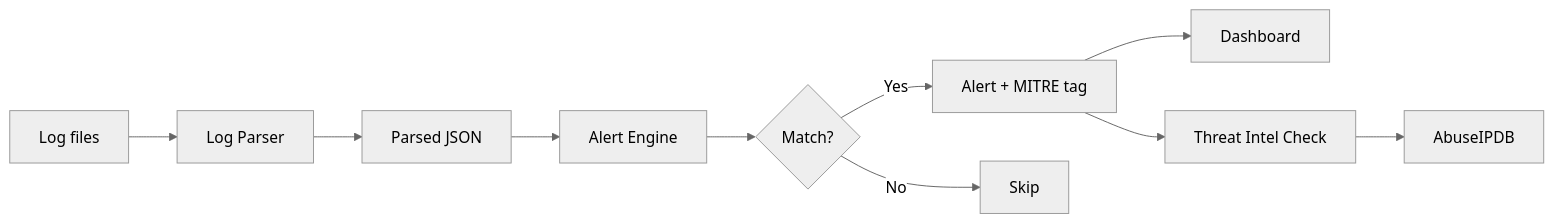
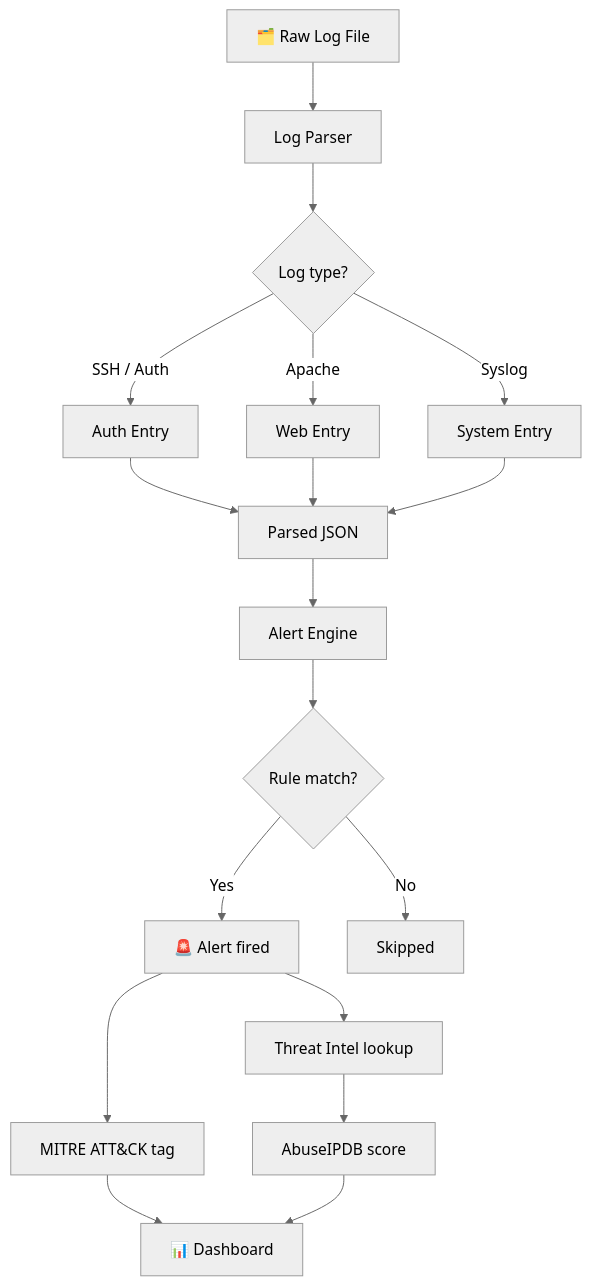
The first of 4 diagrams in README.md (Speed-boo3/soc-project), drawn with Mermaid (neutral theme) before and after one commit. The commit also changed other lines of this file, not shown here.

Commit message:
Rewrite README: cleaner structure, better diagrams, alert examples

````diff
--- a/README.md
+++ b/README.md
@@ -14,12 +17,17 @@
 ```mermaid
-flowchart LR
-    A[Log files] --> B[Log Parser]
-    B --> C[Parsed JSON]
-    C --> D[Alert Engine]
-    D --> E{Match?}
-    E -- Yes --> F[Alert + MITRE tag]
-    E -- No --> G[Skip]
-    F --> H[Dashboard]
-    F --> I[Threat Intel Check]
-    I --> J[AbuseIPDB]
+flowchart TD
+    A[🗂️ Raw Log File] --> B[Log Parser]
+    B --> C{Log type?}
+    C -->|SSH / Auth| D[Auth Entry]
+    C -->|Apache| E[Web Entry]
+    C -->|Syslog| F[System Entry]
+    D & E & F --> G[Parsed JSON]
+    G --> H[Alert Engine]
+    H --> I{Rule match?}
+    I -->|Yes| J[🚨 Alert fired]
+    I -->|No| K[Skipped]
+    J --> L[MITRE ATT&CK tag]
+    J --> M[Threat Intel lookup]
+    M --> N[AbuseIPDB score]
+    L & N --> O[📊 Dashboard]
 ```
````
